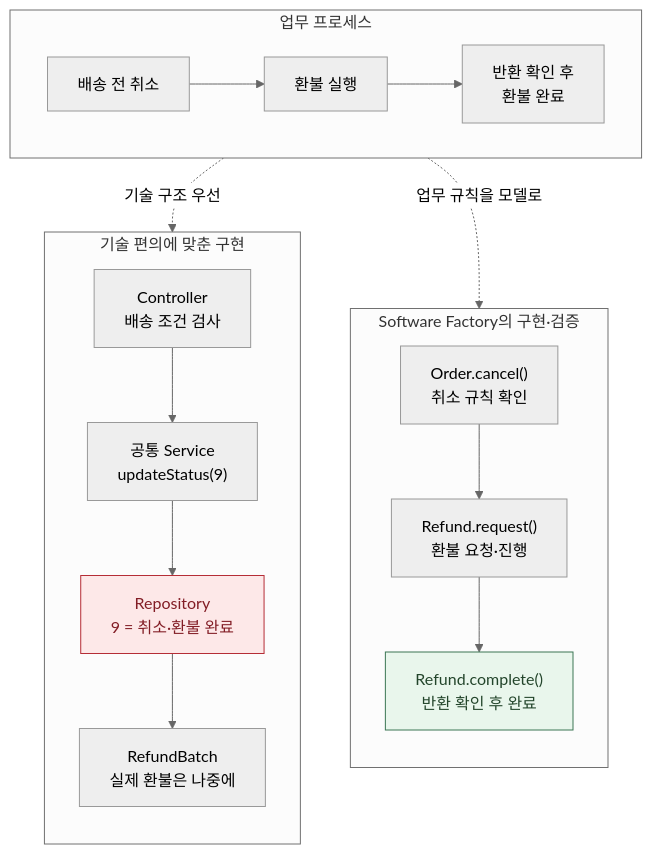
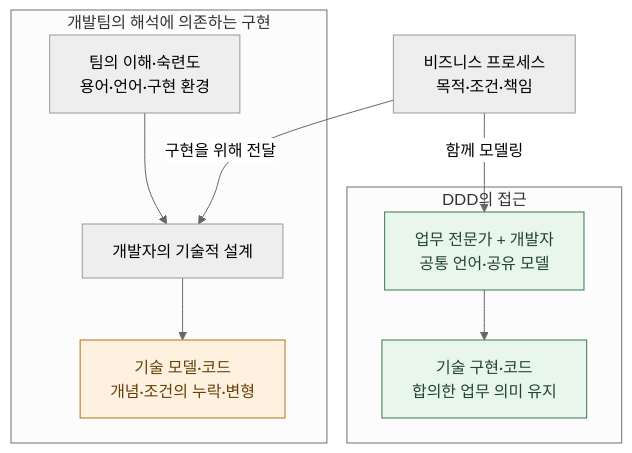
Before and after one commit to haandol/haandol.github.com: the first of 6 diagrams in _posts/2026-11-05-enterprise-wide-ax-essentials.md, drawn with Mermaid (neutral theme). The commit also changed other lines of this file and 2 other files, not shown here.

Commit message:
docs: explain how technical interpretation separates business meaning from code

````diff
--- a/_posts/2026-11-05-enterprise-wide-ax-essentials.md
+++ b/_posts/2026-11-05-enterprise-wide-ax-essentials.md
@@ -47,24 +51,17 @@
 ```mermaid
 flowchart TB
-  subgraph B["업무 프로세스"]
-    direction LR
-    B1["배송 전 취소"] --> B2["환불 실행"] --> B3["반환 확인 후<br/>환불 완료"]
+  B["비즈니스 프로세스<br/>목적·조건·책임"]
+  subgraph T["개발팀의 해석에 의존하는 구현"]
+    E["팀의 이해·숙련도<br/>용어·언어·구현 환경"] --> D["개발자의 기술적 설계"]
+    D --> C["기술 모델·코드<br/>개념·조건의 누락·변형"]
   end
-  subgraph T["기술 편의에 맞춘 구현"]
-    direction TB
-    T1["Controller<br/>배송 조건 검사"] --> T2["공통 Service<br/>updateStatus(9)"]
-    T2 --> T3["Repository<br/>9 = 취소·환불 완료"]
-    T3 --> T4["RefundBatch<br/>실제 환불은 나중에"]
+  subgraph S["DDD의 접근"]
+    M["업무 전문가 + 개발자<br/>공통 언어·공유 모델"] --> N["기술 구현·코드<br/>합의한 업무 의미 유지"]
   end
-  subgraph D["Software Factory의 구현·검증"]
-    direction TB
-    D1["Order.cancel()<br/>취소 규칙 확인"] --> D2["Refund.request()<br/>환불 요청·진행"]
-    D2 --> D3["Refund.complete()<br/>반환 확인 후 완료"]
-  end
-  B -.->|"기술 구조 우선"| T
-  B -.->|"업무 규칙을 모델로"| D
-  classDef mismatch fill:#fde8e8,stroke:#b52d36,color:#821d25
+  B -->|"구현을 위해 전달"| D
+  B -->|"함께 모델링"| M
+  classDef drift fill:#fff1df,stroke:#af731b,color:#65410b
   classDef aligned fill:#e9f6ec,stroke:#3c7754,color:#23452b
-  class T3 mismatch
-  class D3 aligned
+  class C drift
+  class M,N aligned
 ```
````
